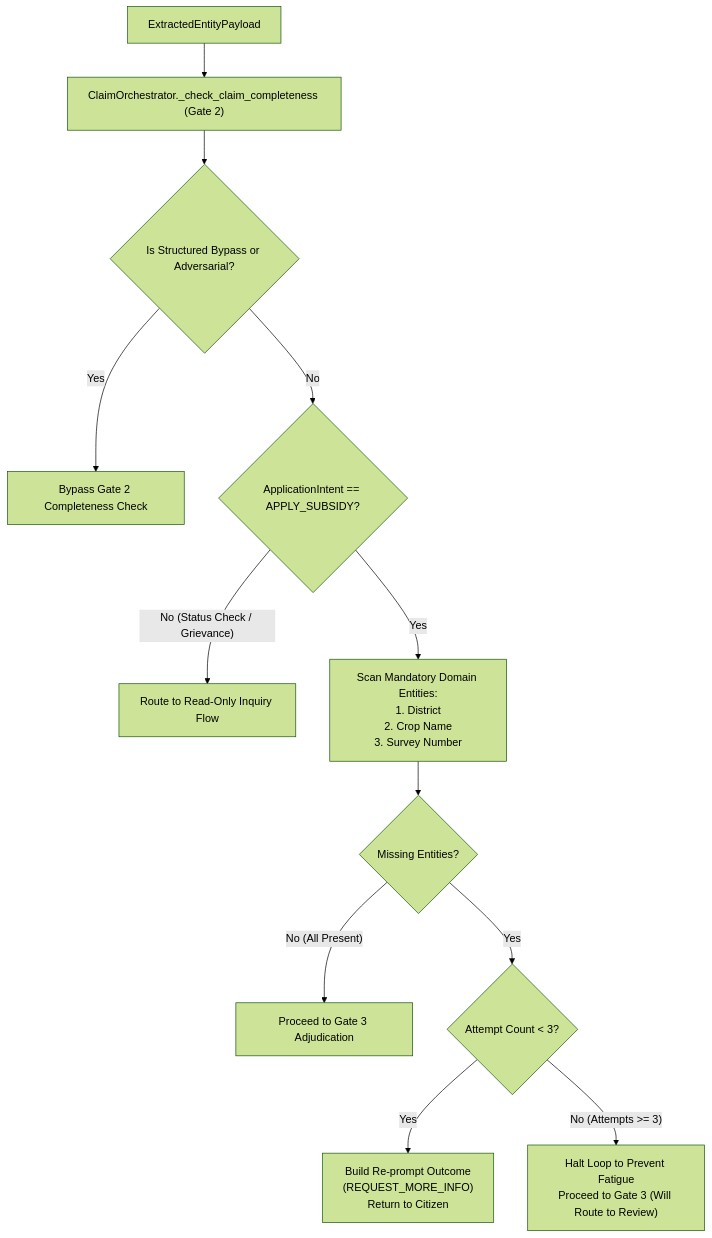
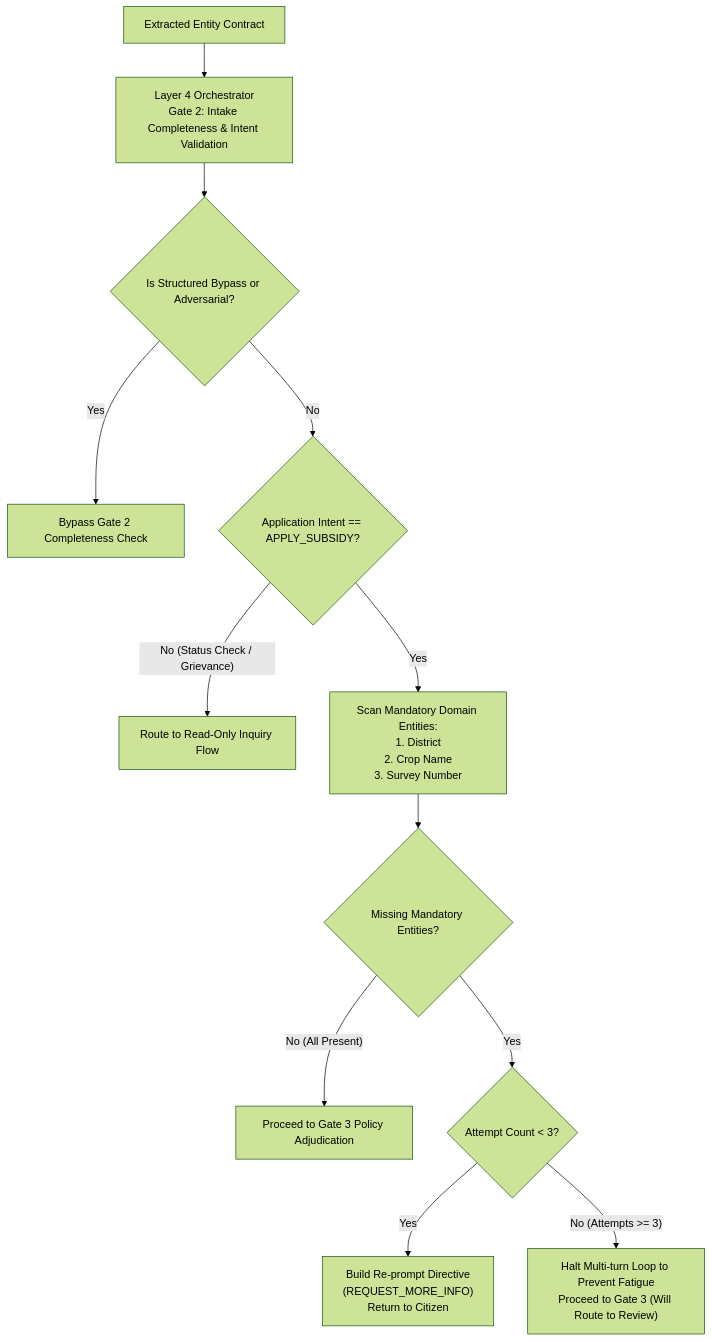
Before and after one commit to gargmishu/agristack-dbt-core: the fourth of 6 diagrams in docs/end_to_end_code_flow.md, drawn with Mermaid (forest theme). The commit also changed other lines of this file and 11 other files, not shown here.

````diff
--- a/docs/end_to_end_code_flow.md
+++ b/docs/end_to_end_code_flow.md
@@ -154,17 +154,17 @@
 ```mermaid
 flowchart TD
-    S["ExtractedEntityPayload"] --> T["ClaimOrchestrator._check_claim_completeness (Gate 2)"]
+    S["Extracted Entity Contract"] --> T["Layer 4 Orchestrator<br/>Gate 2: Intake Completeness & Intent Validation"]
     
     T --> U{"Is Structured Bypass or Adversarial?"}
     U -- "Yes" --> V["Bypass Gate 2 Completeness Check"]
-    U -- "No" --> W{"ApplicationIntent == APPLY_SUBSIDY?"}
+    U -- "No" --> W{"Application Intent == APPLY_SUBSIDY?"}
     
     W -- "No (Status Check / Grievance)" --> X["Route to Read-Only Inquiry Flow"]
     W -- "Yes" --> Y["Scan Mandatory Domain Entities:<br/>1. District<br/>2. Crop Name<br/>3. Survey Number"]
     
-    Y --> Z{"Missing Entities?"}
-    Z -- "No (All Present)" --> AA["Proceed to Gate 3 Adjudication"]
+    Y --> Z{"Missing Mandatory Entities?"}
+    Z -- "No (All Present)" --> AA["Proceed to Gate 3 Policy Adjudication"]
     Z -- "Yes" --> AB{"Attempt Count < 3?"}
-    AB -- "Yes" --> AC["Build Re-prompt Outcome<br/>(REQUEST_MORE_INFO)<br/>Return to Citizen"]
-    AB -- "No (Attempts >= 3)" --> AD["Halt Loop to Prevent Fatigue<br/>Proceed to Gate 3 (Will Route to Review)"]
+    AB -- "Yes" --> AC["Build Re-prompt Directive<br/>(REQUEST_MORE_INFO)<br/>Return to Citizen"]
+    AB -- "No (Attempts >= 3)" --> AD["Halt Multi-turn Loop to Prevent Fatigue<br/>Proceed to Gate 3 (Will Route to Review)"]
 ```
````
